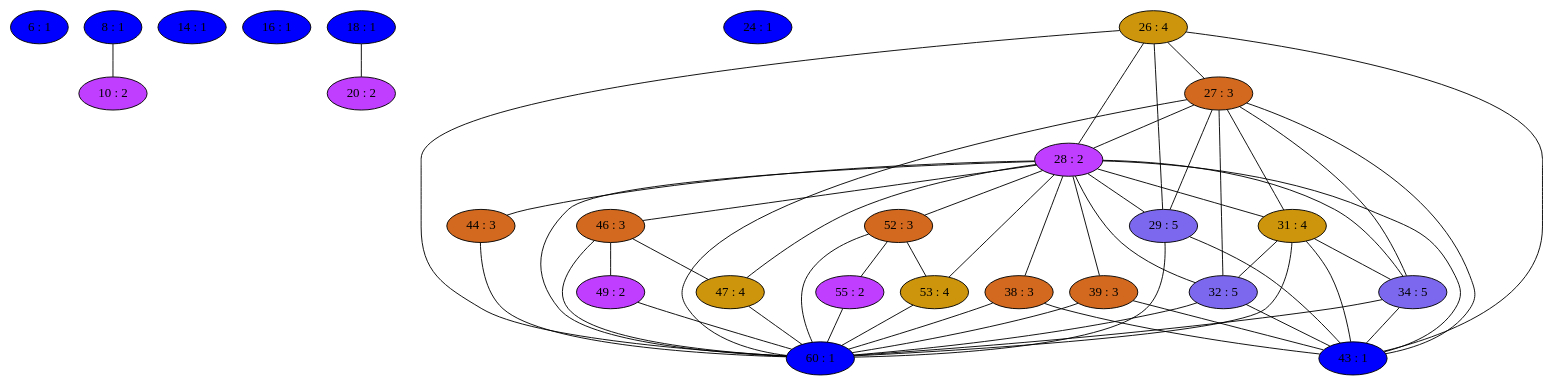
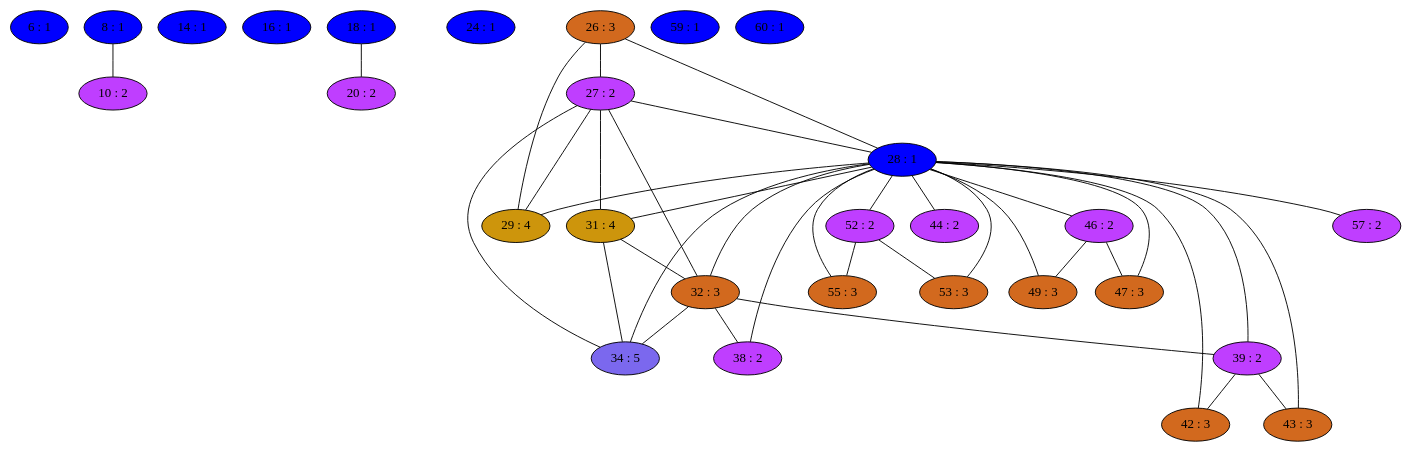
Before and after one commit to mbajaj92/Project-Astoria: the diagram in Compiler/3iGraph.dot, drawn with Graphviz. The commit also changed 42 other files, not shown here.

```diff
--- a/Compiler/3iGraph.dot
+++ b/Compiler/3iGraph.dot
@@ -1,132 +1,105 @@
 strict graph {
 6[label="6 : 1" style=filled fillcolor="blue1"];
 8[label="8 : 1" style=filled fillcolor="blue1"];
 8 -- 10
 10[label="10 : 2" style=filled fillcolor="darkorchid1"];
 10 -- 8
 14[label="14 : 1" style=filled fillcolor="blue1"];
 16[label="16 : 1" style=filled fillcolor="blue1"];
 18[label="18 : 1" style=filled fillcolor="blue1"];
 18 -- 20
 20[label="20 : 2" style=filled fillcolor="darkorchid1"];
 20 -- 18
 24[label="24 : 1" style=filled fillcolor="blue1"];
-26[label="26 : 4" style=filled fillcolor="darkgoldenrod3"];
+26[label="26 : 3" style=filled fillcolor="chocolate"];
 26 -- 27
-26 -- 43
 26 -- 28
-26 -- 60
 26 -- 29
-27[label="27 : 3" style=filled fillcolor="chocolate"];
+27[label="27 : 2" style=filled fillcolor="darkorchid1"];
 27 -- 32
 27 -- 34
 27 -- 26
-27 -- 43
 27 -- 28
-27 -- 60
 27 -- 29
 27 -- 31
-28[label="28 : 2" style=filled fillcolor="darkorchid1"];
+28[label="28 : 1" style=filled fillcolor="blue1"];
 28 -- 32
 28 -- 34
 28 -- 38
 28 -- 39
+28 -- 42
 28 -- 43
 28 -- 44
 28 -- 46
 28 -- 47
+28 -- 49
 28 -- 52
 28 -- 53
+28 -- 55
+28 -- 57
 28 -- 26
 28 -- 27
-28 -- 60
 28 -- 29
 28 -- 31
-29[label="29 : 5" style=filled fillcolor="mediumslateblue"];
+29[label="29 : 4" style=filled fillcolor="darkgoldenrod3"];
 29 -- 26
-29 -- 43
 29 -- 27
-29 -- 60
 29 -- 28
 31[label="31 : 4" style=filled fillcolor="darkgoldenrod3"];
 31 -- 32
 31 -- 34
-31 -- 43
 31 -- 27
-31 -- 60
 31 -- 28
-32[label="32 : 5" style=filled fillcolor="mediumslateblue"];
-32 -- 43
+32[label="32 : 3" style=filled fillcolor="chocolate"];
+32 -- 34
+32 -- 38
+32 -- 39
 32 -- 27
-32 -- 60
 32 -- 28
 32 -- 31
 34[label="34 : 5" style=filled fillcolor="mediumslateblue"];
-34 -- 43
+34 -- 32
 34 -- 27
-34 -- 60
 34 -- 28
 34 -- 31
-38[label="38 : 3" style=filled fillcolor="chocolate"];
-38 -- 43
-38 -- 60
+38[label="38 : 2" style=filled fillcolor="darkorchid1"];
+38 -- 32
 38 -- 28
-39[label="39 : 3" style=filled fillcolor="chocolate"];
+39[label="39 : 2" style=filled fillcolor="darkorchid1"];
+39 -- 32
+39 -- 42
 39 -- 43
-39 -- 60
 39 -- 28
-43[label="43 : 1" style=filled fillcolor="blue1"];
-43 -- 32
-43 -- 34
-43 -- 38
+42[label="42 : 3" style=filled fillcolor="chocolate"];
+42 -- 39
+42 -- 28
+43[label="43 : 3" style=filled fillcolor="chocolate"];
 43 -- 39
-43 -- 26
-43 -- 27
 43 -- 28
-43 -- 29
-43 -- 31
-44[label="44 : 3" style=filled fillcolor="chocolate"];
-44 -- 60
+44[label="44 : 2" style=filled fillcolor="darkorchid1"];
 44 -- 28
-46[label="46 : 3" style=filled fillcolor="chocolate"];
+46[label="46 : 2" style=filled fillcolor="darkorchid1"];
 46 -- 49
-46 -- 60
 46 -- 28
 46 -- 47
-47[label="47 : 4" style=filled fillcolor="darkgoldenrod3"];
-47 -- 60
+47[label="47 : 3" style=filled fillcolor="chocolate"];
 47 -- 28
 47 -- 46
-49[label="49 : 2" style=filled fillcolor="darkorchid1"];
-49 -- 60
+49[label="49 : 3" style=filled fillcolor="chocolate"];
+49 -- 28
 49 -- 46
-52[label="52 : 3" style=filled fillcolor="chocolate"];
+52[label="52 : 2" style=filled fillcolor="darkorchid1"];
 52 -- 53
 52 -- 55
-52 -- 60
 52 -- 28
-53[label="53 : 4" style=filled fillcolor="darkgoldenrod3"];
+53[label="53 : 3" style=filled fillcolor="chocolate"];
 53 -- 52
-53 -- 60
 53 -- 28
-55[label="55 : 2" style=filled fillcolor="darkorchid1"];
+55[label="55 : 3" style=filled fillcolor="chocolate"];
 55 -- 52
-55 -- 60
+55 -- 28
+57[label="57 : 2" style=filled fillcolor="darkorchid1"];
+57 -- 28
+59[label="59 : 1" style=filled fillcolor="blue1"];
 60[label="60 : 1" style=filled fillcolor="blue1"];
-60 -- 32
-60 -- 34
-60 -- 38
-60 -- 39
-60 -- 44
-60 -- 46
-60 -- 47
-60 -- 49
-60 -- 52
-60 -- 53
-60 -- 55
-60 -- 26
-60 -- 27
-60 -- 28
-60 -- 29
-60 -- 31
 }
```
